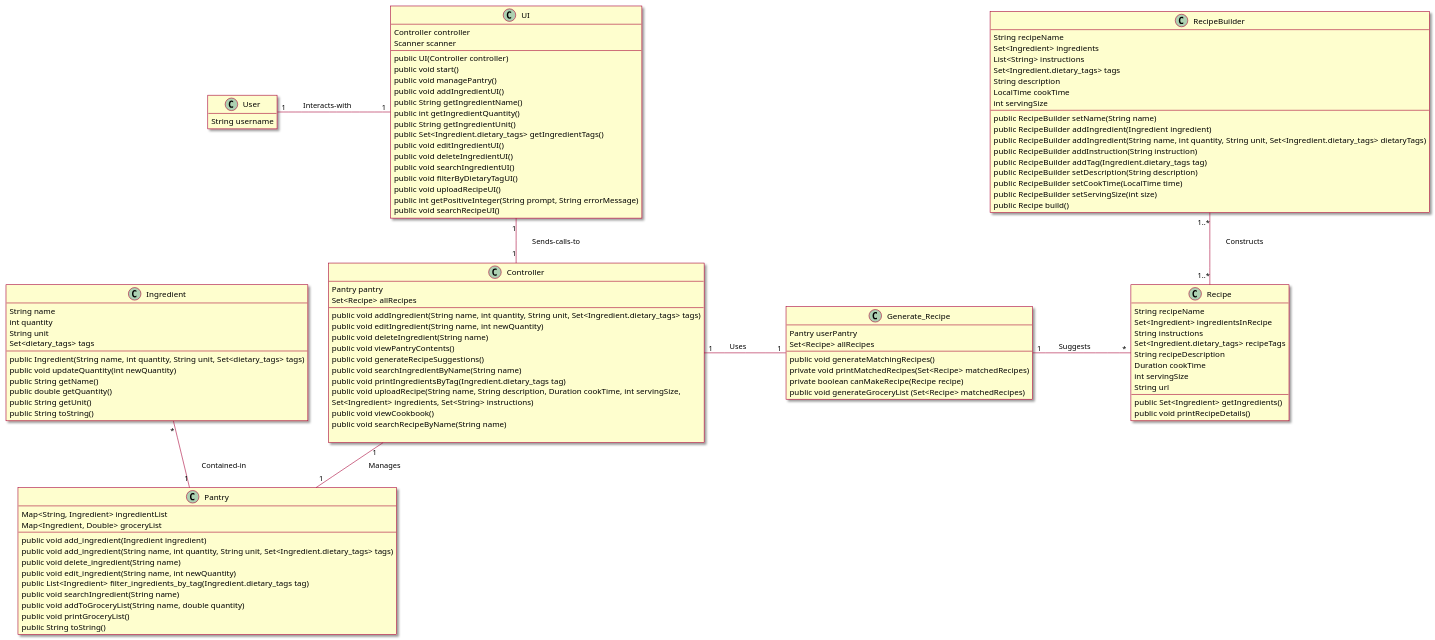
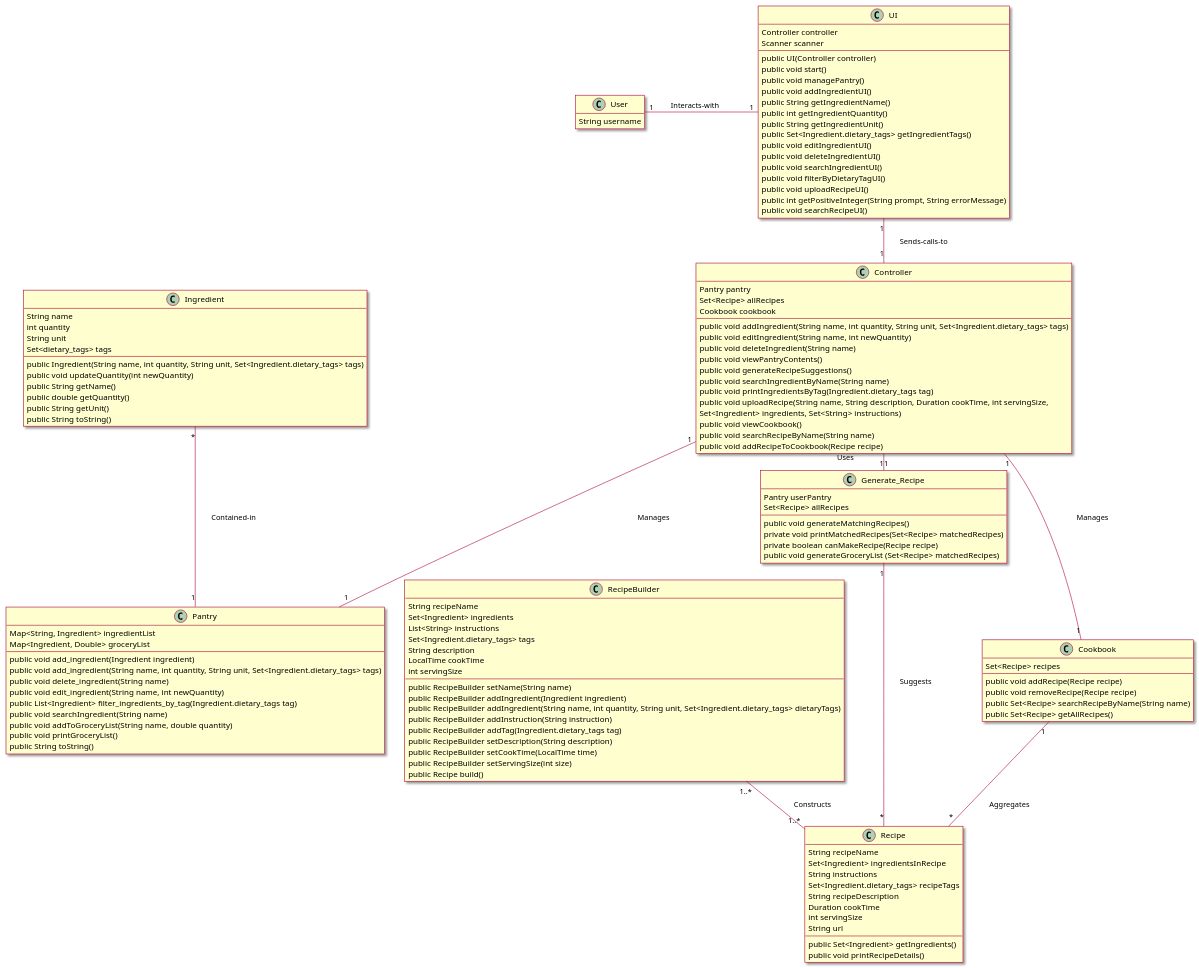
Before and after one commit to berthashipper/Pantry-Pal-Android-Application: the diagram in intellij/doc/class_diagram.md, drawn with PlantUML.

Commit message:
Updated class diagram accordingly

````diff
--- a/intellij/doc/class_diagram.md
+++ b/intellij/doc/class_diagram.md
@@ -7,122 +7,130 @@
 ' classes
 
 class Ingredient{
- String name
- int quantity
- String unit
- Set<dietary_tags> tags
- __
- public Ingredient(String name, int quantity, String unit, Set<dietary_tags> tags)
- public void updateQuantity(int newQuantity)
- public String getName()
- public double getQuantity()
- public String getUnit()
- public String toString()
+    String name
+    int quantity
+    String unit
+    Set<dietary_tags> tags
+    __
+    public Ingredient(String name, int quantity, String unit, Set<Ingredient.dietary_tags> tags)
+    public void updateQuantity(int newQuantity)
+    public String getName()
+    public double getQuantity()
+    public String getUnit()
+    public String toString()
 }
 
 class Pantry{
- Map<String, Ingredient> ingredientList
- Map<Ingredient, Double> groceryList
- --
- public void add_ingredient(Ingredient ingredient)
- public void add_ingredient(String name, int quantity, String unit, Set<Ingredient.dietary_tags> tags)
- public void delete_ingredient(String name)
- public void edit_ingredient(String name, int newQuantity)
- public List<Ingredient> filter_ingredients_by_tag(Ingredient.dietary_tags tag)
- public void searchIngredient(String name)
- public void addToGroceryList(String name, double quantity)
- public void printGroceryList()
- public String toString()
+    Map<String, Ingredient> ingredientList
+    Map<Ingredient, Double> groceryList
+    --
+    public void add_ingredient(Ingredient ingredient)
+    public void add_ingredient(String name, int quantity, String unit, Set<Ingredient.dietary_tags> tags)
+    public void delete_ingredient(String name)
+    public void edit_ingredient(String name, int newQuantity)
+    public List<Ingredient> filter_ingredients_by_tag(Ingredient.dietary_tags tag)
+    public void searchIngredient(String name)
+    public void addToGroceryList(String name, double quantity)
+    public void printGroceryList()
+    public String toString()
 }
 
 class Recipe{
- String recipeName
- Set<Ingredient> ingredientsInRecipe
- String instructions
- Set<Ingredient.dietary_tags> recipeTags
- String recipeDescription
- Duration cookTime
- int servingSize
- String url
- --
- public Set<Ingredient> getIngredients()
- public void printRecipeDetails()
+    String recipeName
+    Set<Ingredient> ingredientsInRecipe
+    String instructions
+    Set<Ingredient.dietary_tags> recipeTags
+    String recipeDescription
+    Duration cookTime
+    int servingSize
+    String url
+    --
+    public Set<Ingredient> getIngredients()
+    public void printRecipeDetails()
 }
 
 class RecipeBuilder{
- String recipeName
- Set<Ingredient> ingredients
- List<String> instructions
- Set<Ingredient.dietary_tags> tags
- String description
- LocalTime cookTime
- int servingSize
- --
- public RecipeBuilder setName(String name)
- public RecipeBuilder addIngredient(Ingredient ingredient)
- public RecipeBuilder addIngredient(String name, int quantity, String unit, Set<Ingredient.dietary_tags> dietaryTags)
- public RecipeBuilder addInstruction(String instruction)
- public RecipeBuilder addTag(Ingredient.dietary_tags tag)
- public RecipeBuilder setDescription(String description)
- public RecipeBuilder setCookTime(LocalTime time)
- public RecipeBuilder setServingSize(int size)
- public Recipe build()
+    String recipeName
+    Set<Ingredient> ingredients
+    List<String> instructions
+    Set<Ingredient.dietary_tags> tags
+    String description
+    LocalTime cookTime
+    int servingSize
+    --
+    public RecipeBuilder setName(String name)
+    public RecipeBuilder addIngredient(Ingredient ingredient)
+    public RecipeBuilder addIngredient(String name, int quantity, String unit, Set<Ingredient.dietary_tags> dietaryTags)
+    public RecipeBuilder addInstruction(String instruction)
+    public RecipeBuilder addTag(Ingredient.dietary_tags tag)
+    public RecipeBuilder setDescription(String description)
+    public RecipeBuilder setCookTime(LocalTime time)
+    public RecipeBuilder setServingSize(int size)
+    public Recipe build()
 }
 
-
 class User{
- String username
+    String username
 }
 
 class Generate_Recipe{
- Pantry userPantry
- Set<Recipe> allRecipes
- --
- public void generateMatchingRecipes()
- private void printMatchedRecipes(Set<Recipe> matchedRecipes)
- private boolean canMakeRecipe(Recipe recipe)
- public void generateGroceryList (Set<Recipe> matchedRecipes)
+    Pantry userPantry
+    Set<Recipe> allRecipes
+    --
+    public void generateMatchingRecipes()
+    private void printMatchedRecipes(Set<Recipe> matchedRecipes)
+    private boolean canMakeRecipe(Recipe recipe)
+    public void generateGroceryList (Set<Recipe> matchedRecipes)
 }
 
 class UI {
- Controller controller
- Scanner scanner
- --
- public UI(Controller controller)
- public void start()
- public void managePantry()
- public void addIngredientUI()
- public String getIngredientName()
- public int getIngredientQuantity()
- public String getIngredientUnit()
- public Set<Ingredient.dietary_tags> getIngredientTags()
- public void editIngredientUI()
- public void deleteIngredientUI()
- public void searchIngredientUI()
- public void filterByDietaryTagUI()
- public void uploadRecipeUI()
- public int getPositiveInteger(String prompt, String errorMessage)
- public void searchRecipeUI()
+    Controller controller
+    Scanner scanner
+    --
+    public UI(Controller controller)
+    public void start()
+    public void managePantry()
+    public void addIngredientUI()
+    public String getIngredientName()
+    public int getIngredientQuantity()
+    public String getIngredientUnit()
+    public Set<Ingredient.dietary_tags> getIngredientTags()
+    public void editIngredientUI()
+    public void deleteIngredientUI()
+    public void searchIngredientUI()
+    public void filterByDietaryTagUI()
+    public void uploadRecipeUI()
+    public int getPositiveInteger(String prompt, String errorMessage)
+    public void searchRecipeUI()
 }
 
 class Controller {
-  Pantry pantry
-  Set<Recipe> allRecipes
- --
- public void addIngredient(String name, int quantity, String unit, Set<Ingredient.dietary_tags> tags)
- public void editIngredient(String name, int newQuantity)
- public void deleteIngredient(String name)
- public void viewPantryContents()
- public void generateRecipeSuggestions()
- public void searchIngredientByName(String name)
- public void printIngredientsByTag(Ingredient.dietary_tags tag)
- public void uploadRecipe(String name, String description, Duration cookTime, int servingSize,
-                             Set<Ingredient> ingredients, Set<String> instructions)             
- public void viewCookbook()
- public void searchRecipeByName(String name)
- 
+    Pantry pantry
+    Set<Recipe> allRecipes
+    Cookbook cookbook
+    --
+    public void addIngredient(String name, int quantity, String unit, Set<Ingredient.dietary_tags> tags)
+    public void editIngredient(String name, int newQuantity)
+    public void deleteIngredient(String name)
+    public void viewPantryContents()
+    public void generateRecipeSuggestions()
+    public void searchIngredientByName(String name)
+    public void printIngredientsByTag(Ingredient.dietary_tags tag)
+    public void uploadRecipe(String name, String description, Duration cookTime, int servingSize,
+                              Set<Ingredient> ingredients, Set<String> instructions)
+    public void viewCookbook()
+    public void searchRecipeByName(String name)
+    public void addRecipeToCookbook(Recipe recipe)
 }
 
+class Cookbook {
+    Set<Recipe> recipes
+    --
+    public void addRecipe(Recipe recipe)
+    public void removeRecipe(Recipe recipe)
+    public Set<Recipe> searchRecipeByName(String name)
+    public Set<Recipe> getAllRecipes()
+}
 
 ' associations
 User "1" -right- "1" UI : \tInteracts-with\t\t
@@ -130,11 +138,15 @@
 
 Controller "1" -right- "1" Generate_Recipe : \tUses\t\t
 Controller "1" -down- "1" Pantry : \tManages\t\t
+Controller "1" -down- "1" Cookbook : \tManages\t\t
 
 Pantry "1" -up- "*" Ingredient : \tContained-in\t\t
 RecipeBuilder "1..*" -down- "1..*" Recipe : \tConstructs\t\t
 Generate_Recipe "1" -down "*" Recipe : \tSuggests\t\t
 
+Cookbook "1" -down- "*" Recipe : \tAggregates\t\t
+
 @enduml
 
+
 ```
````
